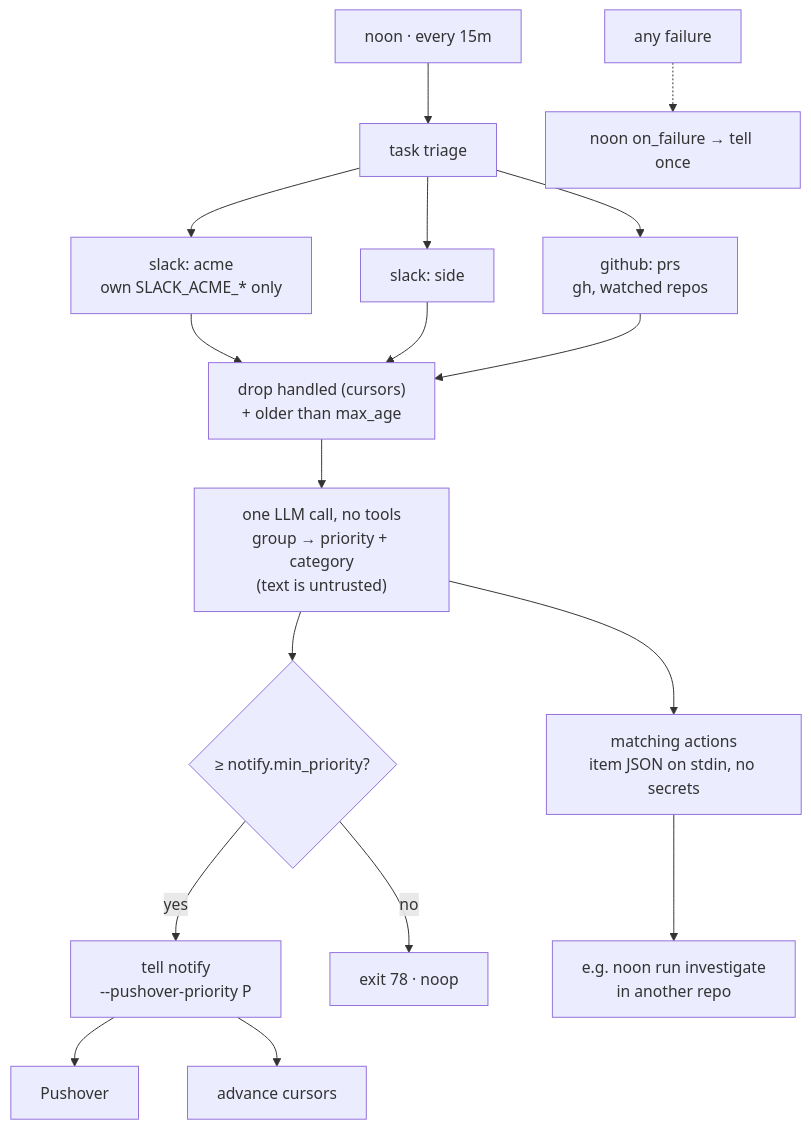
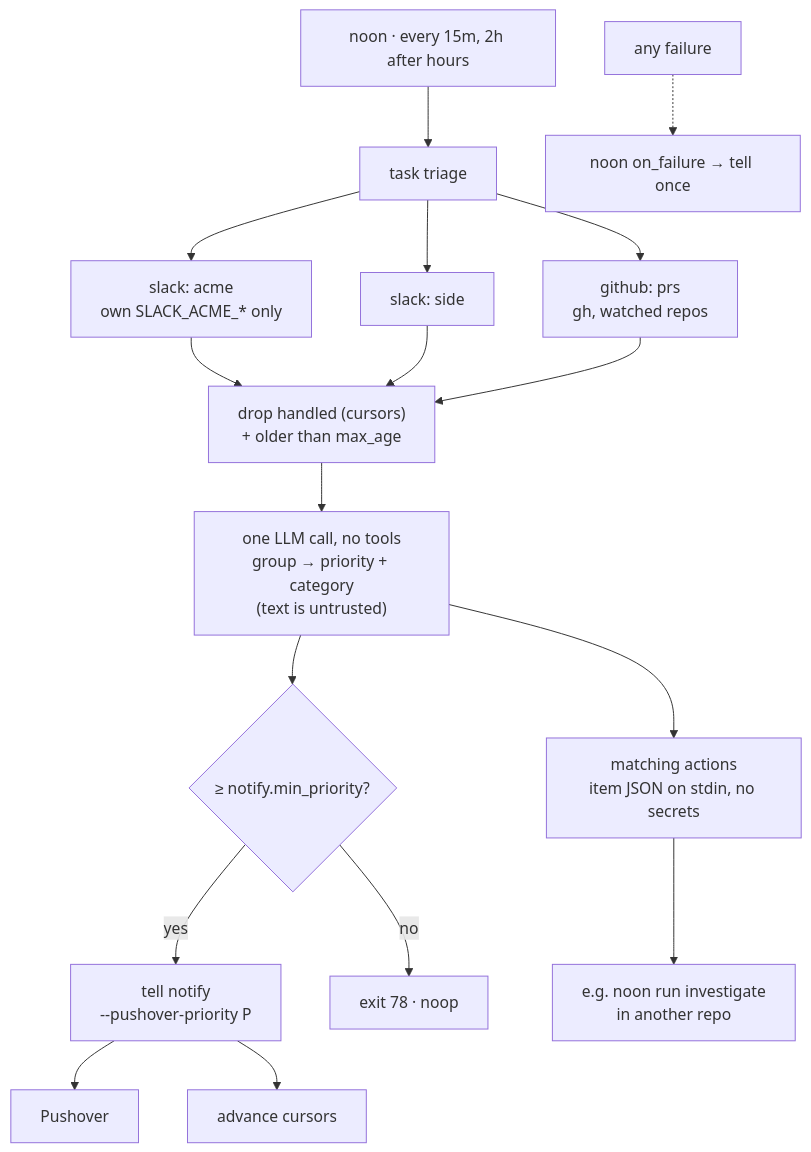
The diagram in README.md (brettinternet/watch), drawn with Mermaid before and after one commit. The commit also changed other lines of this file and 1 other file, not shown here.

Commit message:
feat: poll every 2h after hours

````diff
--- a/README.md
+++ b/README.md
@@ -5,16 +5,16 @@
 ```mermaid
 flowchart TD
-  cron["noon · every 15m"] --> main["task triage"]
+  cron["noon · every 15m, 2h after hours"] --> main["task triage"]
   main --> s1["slack: acme<br/>own SLACK_ACME_* only"]
   main --> s2["slack: side"]
   main --> g1["github: prs<br/>gh, watched repos"]
   s1 & s2 & g1 --> dedupe["drop handled (cursors)<br/>+ older than max_age"]
   dedupe --> llm["one LLM call, no tools<br/>group → priority + category<br/>(text is untrusted)"]
   llm --> prio{"≥ notify.min_priority?"}
   prio -- yes --> tell["tell notify<br/>--pushover-priority P"] --> push["Pushover"]
   prio -- no --> noop["exit 78 · noop"]
   llm --> act["matching actions<br/>item JSON on stdin, no secrets"]
   act --> agent["e.g. noon run investigate<br/>in another repo"]
   tell --> cursors["advance cursors"]
   fail["any failure"] -.-> hook["noon on_failure → tell once"]
 ```
````
